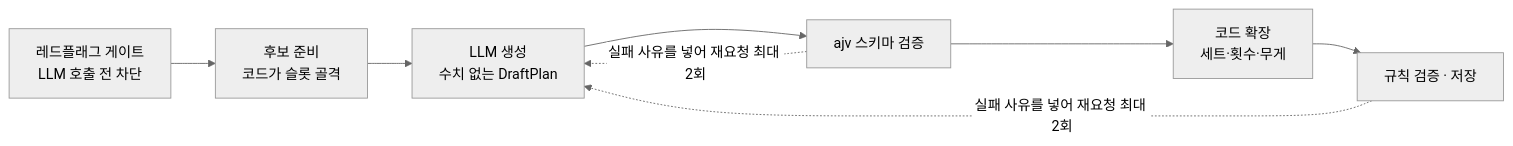
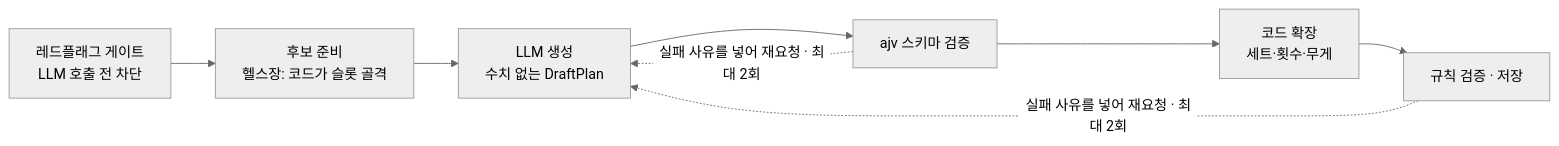
One commit to YoungkeunAhn/burnweek-backend changed the second of 2 diagrams in README.md. Above: the diagram before and after it, drawn with Mermaid (neutral theme). The commit also changed other lines of this file and 25 other files, not shown here.

````diff
--- a/README.md
+++ b/README.md
@@ -45,7 +45,7 @@
 ```mermaid
 flowchart LR
-  A[레드플래그 게이트<br/>LLM 호출 전 차단] --> B[후보 준비<br/>코드가 슬롯 골격] --> C[LLM 생성<br/>수치 없는 DraftPlan]
+  A[레드플래그 게이트<br/>LLM 호출 전 차단] --> B[후보 준비<br/>헬스장: 코드가 슬롯 골격] --> C[LLM 생성<br/>수치 없는 DraftPlan]
   C --> D[ajv 스키마 검증] --> E[코드 확장<br/>세트·횟수·무게] --> F[규칙 검증 · 저장]
-  D -. 실패 사유를 넣어 재요청 최대 2회 .-> C
-  F -. 실패 사유를 넣어 재요청 최대 2회 .-> C
+  D -. 실패 사유를 넣어 재요청 · 최대 2회 .-> C
+  F -. 실패 사유를 넣어 재요청 · 최대 2회 .-> C
 ```
````
